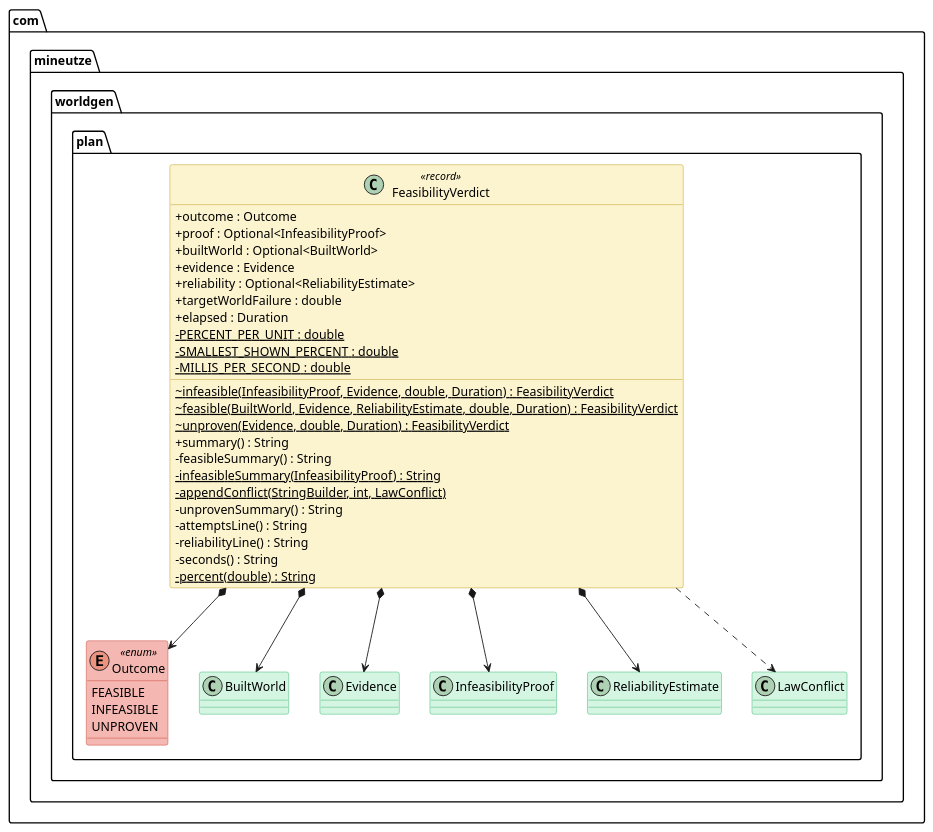
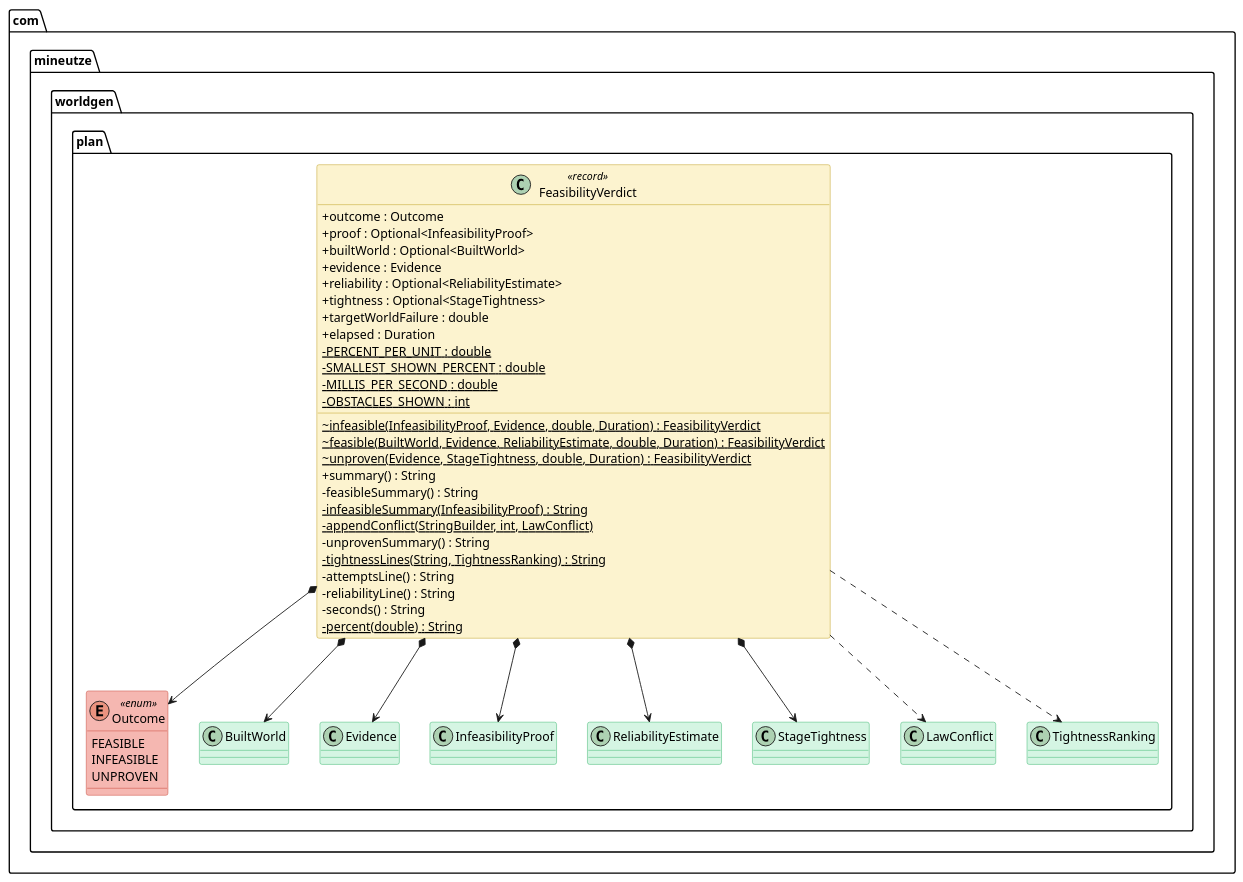
The diagram in companion-mods/mineutze-worldgen/doc/Modelisation/ClassDiagram-Full/com/mineutze/worldgen/plan/FeasibilityVerdict.puml (Boulede987/Mine-Utz), drawn with PlantUML before and after one commit. The commit also changed 51 other files, not shown here.

First line of the commit message:
docs(worldgen): regenerate class diagrams for the tightness ranking

```diff
--- a/companion-mods/mineutze-worldgen/doc/Modelisation/ClassDiagram-Full/com/mineutze/worldgen/plan/FeasibilityVerdict.puml
+++ b/companion-mods/mineutze-worldgen/doc/Modelisation/ClassDiagram-Full/com/mineutze/worldgen/plan/FeasibilityVerdict.puml
@@ -1,70 +1,75 @@
 @startuml FeasibilityVerdict
 
 skinparam classAttributeIconSize 0
 skinparam shadowing false
 
 skinparam class {
   BackgroundColor<<interface>> #D6EAF8
   BorderColor<<interface>> #2E86C1
 }
 skinparam class {
   BackgroundColor<<abstract>> #E8DAEF
   BorderColor<<abstract>> #8E44AD
 }
 skinparam class {
   BackgroundColor #D5F5E3
   BorderColor #27AE60
 }
 skinparam class {
   BackgroundColor<<record>> #FCF3CF
   BorderColor<<record>> #B7950B
 }
 skinparam class {
   BackgroundColor<<static>> #a7faa0
   BorderColor<<static>> #38d610
 }
 skinparam class {
   BackgroundColor<<enum>> #F5B7B1
   BorderColor<<enum>> #C0392B
 }
 
 namespace com.mineutze.worldgen.plan {
 class FeasibilityVerdict <<record>> {
   + outcome : Outcome
   + proof : Optional<InfeasibilityProof>
   + builtWorld : Optional<BuiltWorld>
   + evidence : Evidence
   + reliability : Optional<ReliabilityEstimate>
+  + tightness : Optional<StageTightness>
   + targetWorldFailure : double
   + elapsed : Duration
   - {static} PERCENT_PER_UNIT : double
   - {static} SMALLEST_SHOWN_PERCENT : double
   - {static} MILLIS_PER_SECOND : double
+  - {static} OBSTACLES_SHOWN : int
   ~ {static} infeasible(InfeasibilityProof, Evidence, double, Duration) : FeasibilityVerdict
   ~ {static} feasible(BuiltWorld, Evidence, ReliabilityEstimate, double, Duration) : FeasibilityVerdict
-  ~ {static} unproven(Evidence, double, Duration) : FeasibilityVerdict
+  ~ {static} unproven(Evidence, StageTightness, double, Duration) : FeasibilityVerdict
   + summary() : String
   - feasibleSummary() : String
   - {static} infeasibleSummary(InfeasibilityProof) : String
   - {static} appendConflict(StringBuilder, int, LawConflict)
   - unprovenSummary() : String
+  - {static} tightnessLines(String, TightnessRanking) : String
   - attemptsLine() : String
   - reliabilityLine() : String
   - seconds() : String
   - {static} percent(double) : String
 }
 enum Outcome <<enum>> {
   FEASIBLE
   INFEASIBLE
   UNPROVEN
 }
 }
 
 com.mineutze.worldgen.plan.FeasibilityVerdict *--> com.mineutze.worldgen.plan.BuiltWorld
 com.mineutze.worldgen.plan.FeasibilityVerdict *--> com.mineutze.worldgen.plan.Evidence
 com.mineutze.worldgen.plan.FeasibilityVerdict *--> com.mineutze.worldgen.plan.InfeasibilityProof
 com.mineutze.worldgen.plan.FeasibilityVerdict *--> com.mineutze.worldgen.plan.Outcome
 com.mineutze.worldgen.plan.FeasibilityVerdict *--> com.mineutze.worldgen.plan.ReliabilityEstimate
+com.mineutze.worldgen.plan.FeasibilityVerdict *--> com.mineutze.worldgen.plan.StageTightness
 com.mineutze.worldgen.plan.FeasibilityVerdict ..> com.mineutze.worldgen.plan.LawConflict
+com.mineutze.worldgen.plan.FeasibilityVerdict ..> com.mineutze.worldgen.plan.TightnessRanking
 
 @enduml
```
